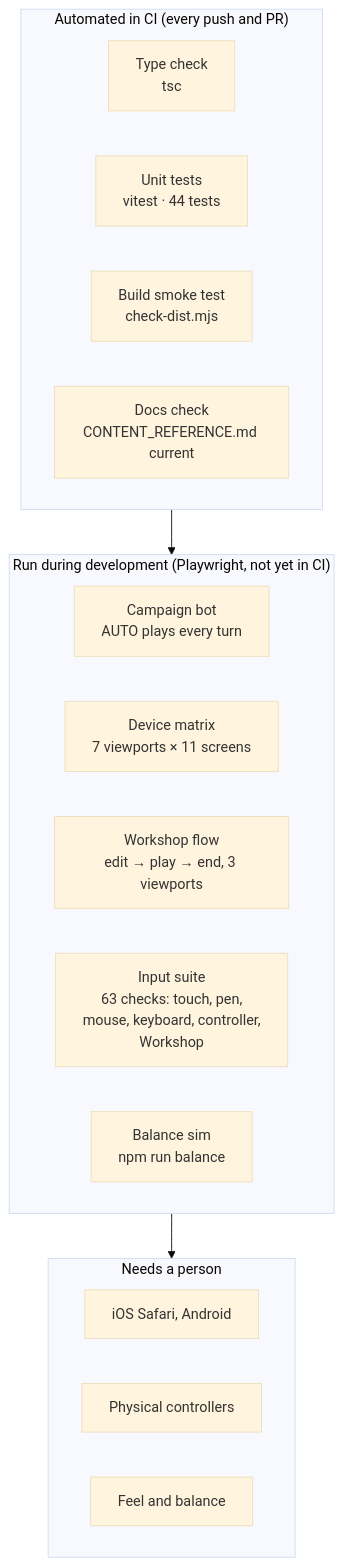
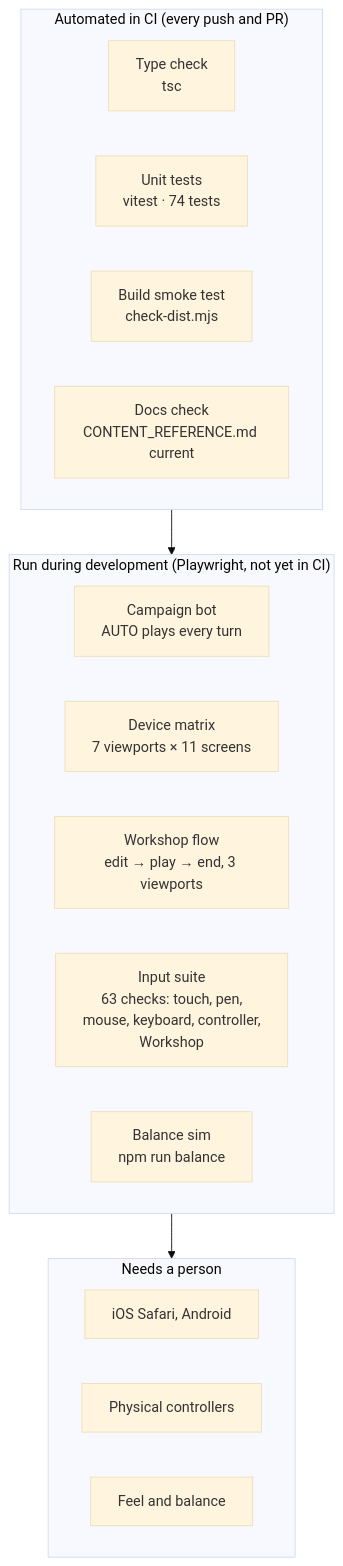
One commit to CptNope/Chess-RPG-Tactics changed the diagram in docs/TESTING.md. Above: the diagram before and after it, drawn with Mermaid (base theme). The commit also changed other lines of this file and 49 other files, not shown here.

````diff
--- a/docs/TESTING.md
+++ b/docs/TESTING.md
@@ -9,22 +9,22 @@
 ```mermaid
 flowchart TB
     subgraph Auto["Automated in CI (every push and PR)"]
         T1["Type check<br/>tsc"]
-        T2["Unit tests<br/>vitest · 44 tests"]
+        T2["Unit tests<br/>vitest · 74 tests"]
         T3["Build smoke test<br/>check-dist.mjs"]
         T4["Docs check<br/>CONTENT_REFERENCE.md current"]
     end
     subgraph Dev["Run during development (Playwright, not yet in CI)"]
         P1["Campaign bot<br/>AUTO plays every turn"]
         P2["Device matrix<br/>7 viewports × 11 screens"]
         P4["Workshop flow<br/>edit → play → end, 3 viewports"]
         P3["Input suite<br/>63 checks: touch, pen,<br/>mouse, keyboard, controller,<br/>Workshop"]
         P5["Balance sim<br/>npm run balance"]
     end
     subgraph Human["Needs a person"]
         H1["iOS Safari, Android"]
         H2["Physical controllers"]
         H3["Feel and balance"]
     end
     Auto --> Dev --> Human
 ```
````
